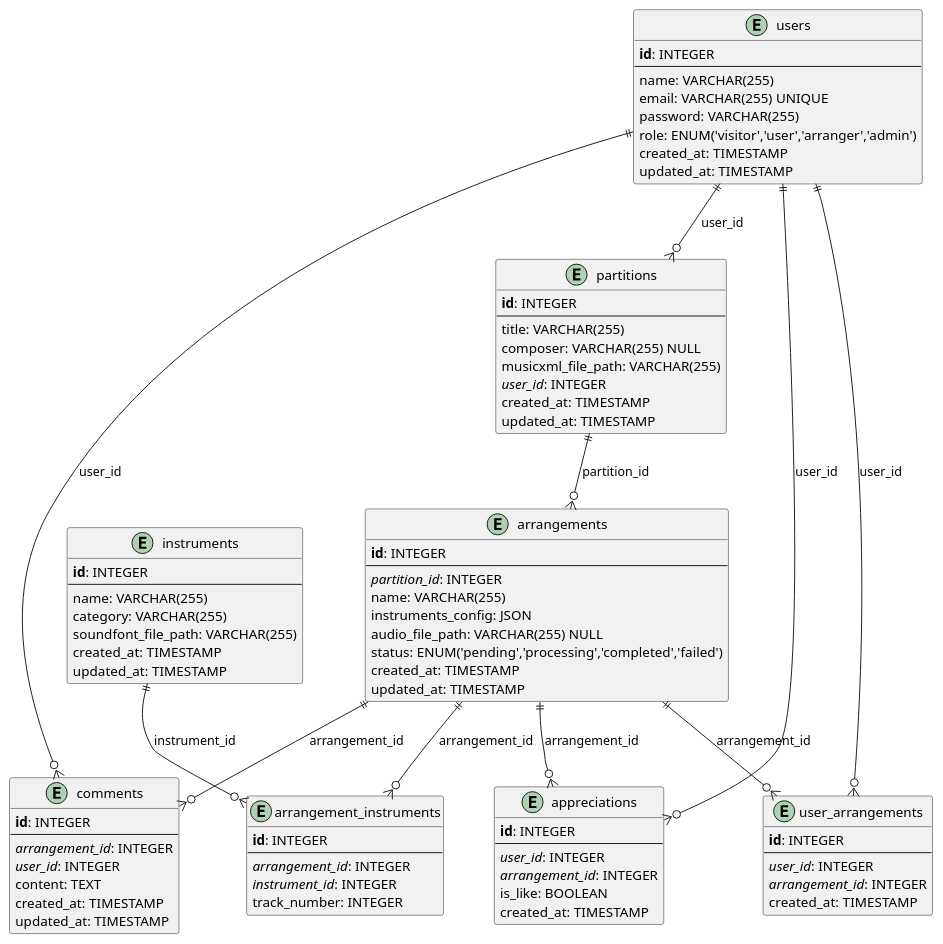
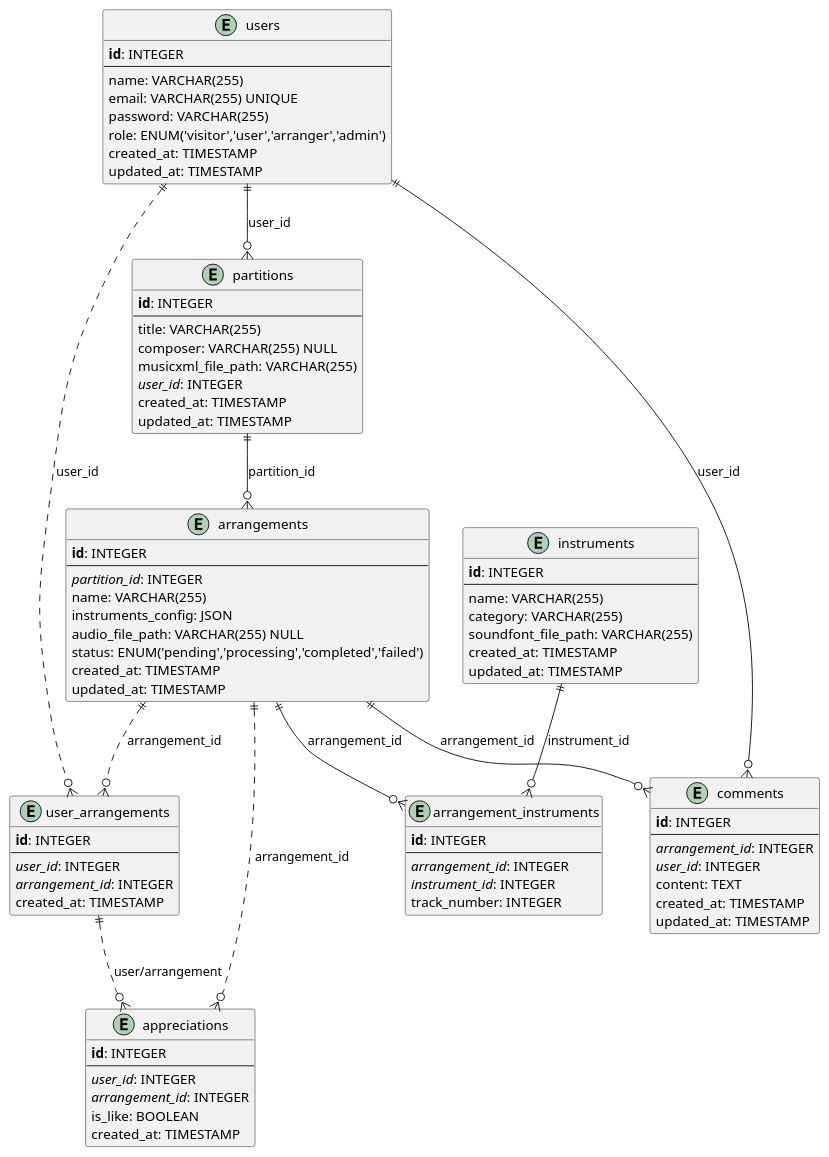
Before and after one commit to OretrO/Len-Synphonie: the second of 2 diagrams in README.md, drawn with PlantUML.

````diff
--- a/README.md
+++ b/README.md
@@ -214,16 +214,18 @@
 }
 
 users ||--o{ partitions : "user_id"
-users ||--o{ user_arrangements : "user_id"
 users ||--o{ comments : "user_id"
-users ||--o{ appreciations : "user_id"
+
+users ||..o{ user_arrangements : "user_id"
+arrangements ||..o{ user_arrangements : "arrangement_id"
+
+user_arrangements ||..o{ appreciations : "user/arrangement"
+arrangements ||..o{ appreciations : "arrangement_id"
 
 partitions ||--o{ arrangements : "partition_id"
 
 arrangements ||--o{ arrangement_instruments : "arrangement_id"
 arrangements ||--o{ comments : "arrangement_id"
-arrangements ||--o{ appreciations : "arrangement_id"
-arrangements ||--o{ user_arrangements : "arrangement_id"
 
 instruments ||--o{ arrangement_instruments : "instrument_id"
 ```
````
